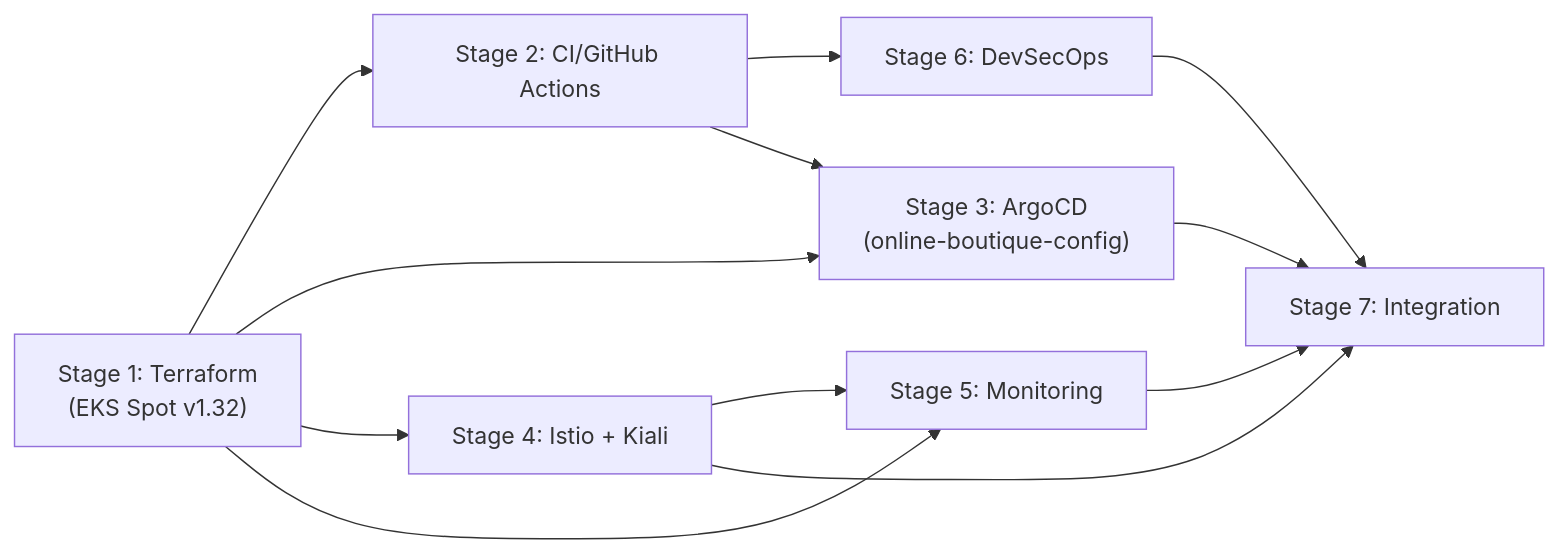
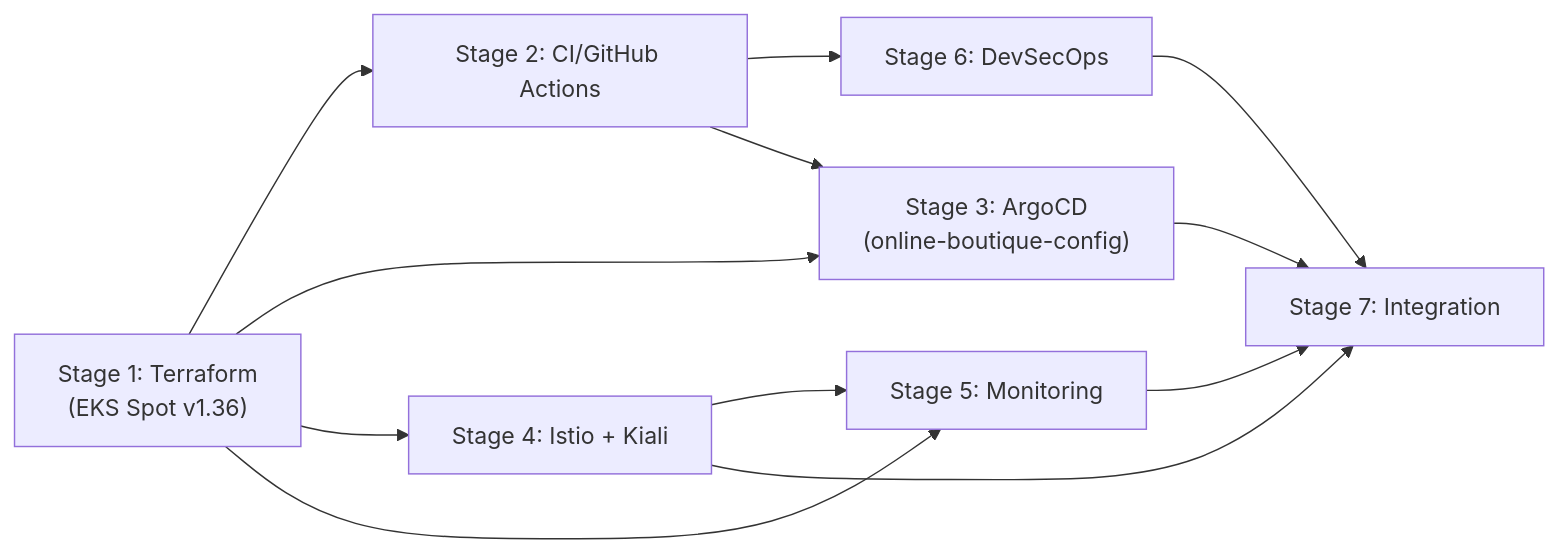
The seventh of 7 diagrams in devops/plan.md (online-boutique-application-demo/online-boutique-app), drawn with Mermaid before and after one commit. The commit also changed other lines of this file and 3 other files, not shown here.

First line of the commit message:
docs(devops): sync plan, architecture and stage-1 docs with audit fixes

````diff
--- a/devops/plan.md
+++ b/devops/plan.md
@@ -757,14 +753,14 @@
 ```mermaid
 graph LR
-    S1["Stage 1: Terraform\n(EKS Spot v1.32)"] --> S2[Stage 2: CI/GitHub Actions]
+    S1["Stage 1: Terraform\n(EKS Spot v1.36)"] --> S2[Stage 2: CI/GitHub Actions]
     S1 --> S3["Stage 3: ArgoCD\n(online-boutique-config)"]
     S1 --> S4["Stage 4: Istio + Kiali"]
     S4 --> S5[Stage 5: Monitoring]
     S2 --> S6[Stage 6: DevSecOps]
     S1 --> S5
     S2 --> S3
     S3 --> S7[Stage 7: Integration]
     S4 --> S7
     S5 --> S7
     S6 --> S7
 ```
````
